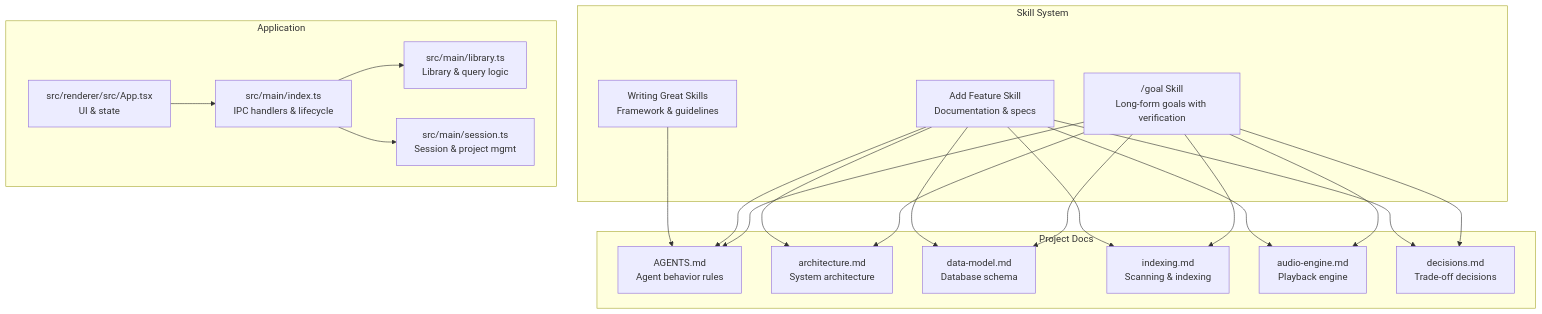
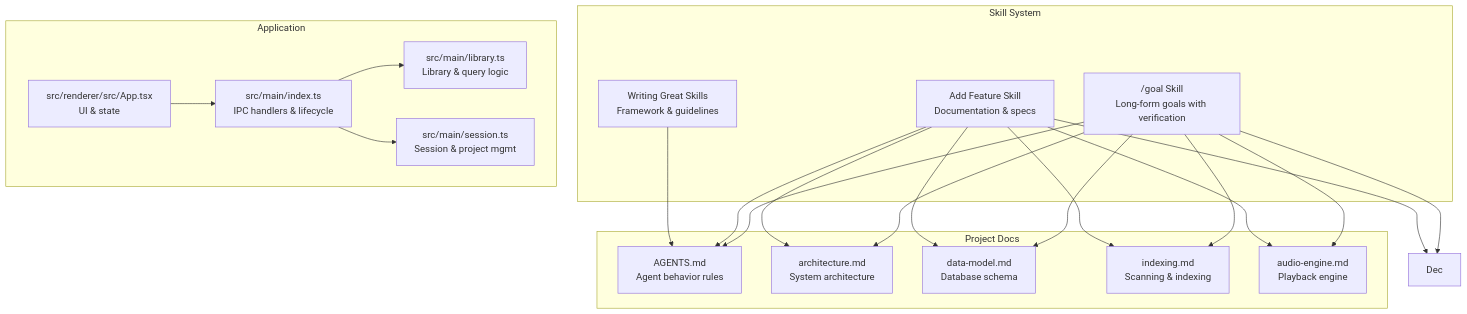
Before and after one commit to satyrlord/mixjam-electron: the first of 7 diagrams in .qoder/repowiki/en/content/Development Guidelines/Skill System & Goal Management.md, drawn with Mermaid. The commit also changed other lines of this file and 51 other files, not shown here.

````diff
--- a/.qoder/repowiki/en/content/Development Guidelines/Skill System & Goal Management.md
+++ b/.qoder/repowiki/en/content/Development Guidelines/Skill System & Goal Management.md
@@ -43,38 +42,37 @@
 ```mermaid
 graph TB
 subgraph "Skill System"
 Goal["/goal Skill<br/>Long-form goals with verification"]
 AddFeature["Add Feature Skill<br/>Documentation & specs"]
 WritingSkills["Writing Great Skills<br/>Framework & guidelines"]
 end
 subgraph "Project Docs"
 AG["AGENTS.md<br/>Agent behavior rules"]
 Arch["architecture.md<br/>System architecture"]
 Data["data-model.md<br/>Database schema"]
 Index["indexing.md<br/>Scanning & indexing"]
 Audio["audio-engine.md<br/>Playback engine"]
-Dec["decisions.md<br/>Trade-off decisions"]
 end
 subgraph "Application"
 Main["src/main/index.ts<br/>IPC handlers & lifecycle"]
 Lib["src/main/library.ts<br/>Library & query logic"]
 Session["src/main/session.ts<br/>Session & project mgmt"]
 Renderer["src/renderer/src/App.tsx<br/>UI & state"]
 end
 Goal --> AG
 Goal --> Arch
 Goal --> Data
 Goal --> Index
 Goal --> Audio
 Goal --> Dec
 AddFeature --> AG
 AddFeature --> Arch
 AddFeature --> Data
 AddFeature --> Index
 AddFeature --> Audio
 AddFeature --> Dec
 WritingSkills --> AG
 Main --> Lib
 Main --> Session
 Renderer --> Main
 ```
````
